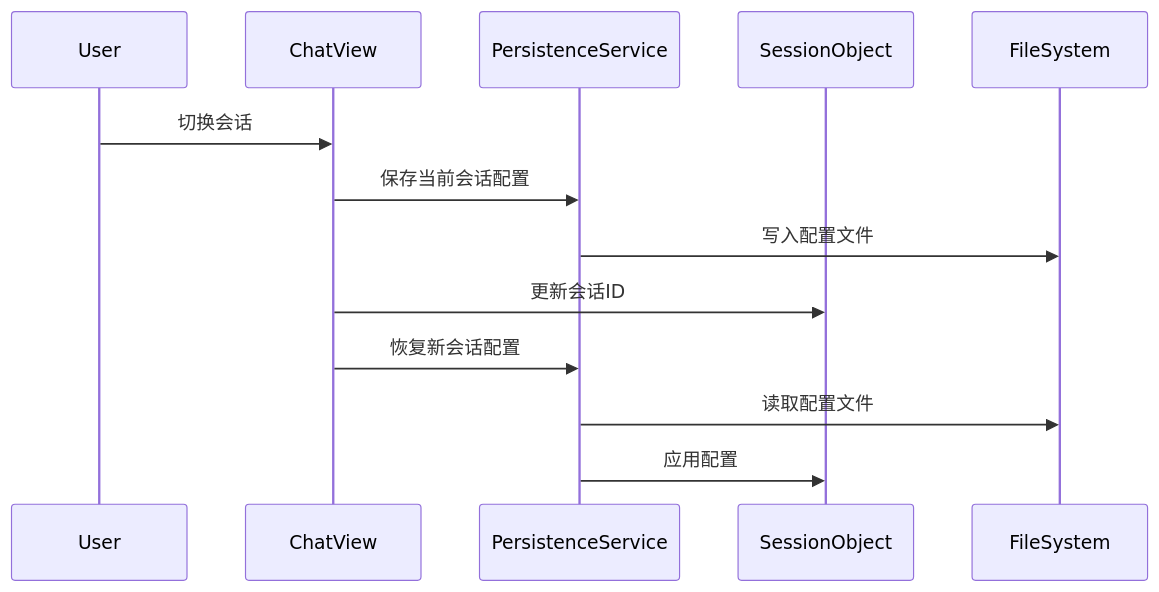
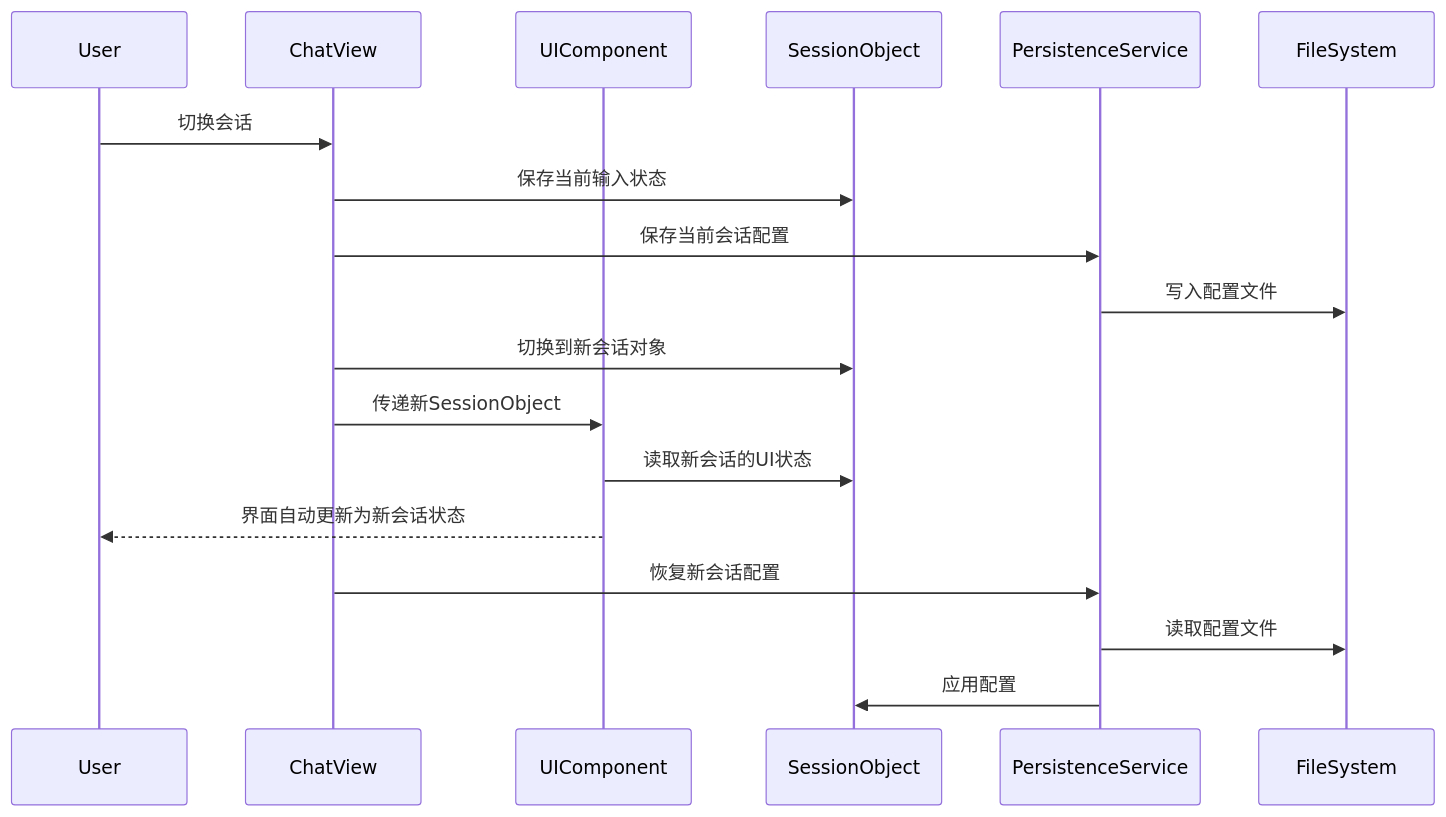
The second of 3 diagrams in docs/会话状态管理系统.md (touwaeriol/claude-code-plus), drawn with Mermaid before and after one commit. The commit also changed other lines of this file and 58 other files, not shown here.

````diff
--- a/docs/会话状态管理系统.md
+++ b/docs/会话状态管理系统.md
@@ -127,15 +182,20 @@
 ```mermaid
 sequenceDiagram
     participant User
     participant ChatView
+    participant UIComponent
+    participant SessionObject
     participant PersistenceService
-    participant SessionObject
 
     User->>ChatView: 切换会话
+    ChatView->>SessionObject: 保存当前输入状态
     ChatView->>PersistenceService: 保存当前会话配置
     PersistenceService->>FileSystem: 写入配置文件
-    ChatView->>SessionObject: 更新会话ID
+    ChatView->>SessionObject: 切换到新会话对象
+    ChatView->>UIComponent: 传递新SessionObject
+    UIComponent->>SessionObject: 读取新会话的UI状态
+    UIComponent-->>User: 界面自动更新为新会话状态
     ChatView->>PersistenceService: 恢复新会话配置
     PersistenceService->>FileSystem: 读取配置文件
     PersistenceService->>SessionObject: 应用配置
 ```
````
